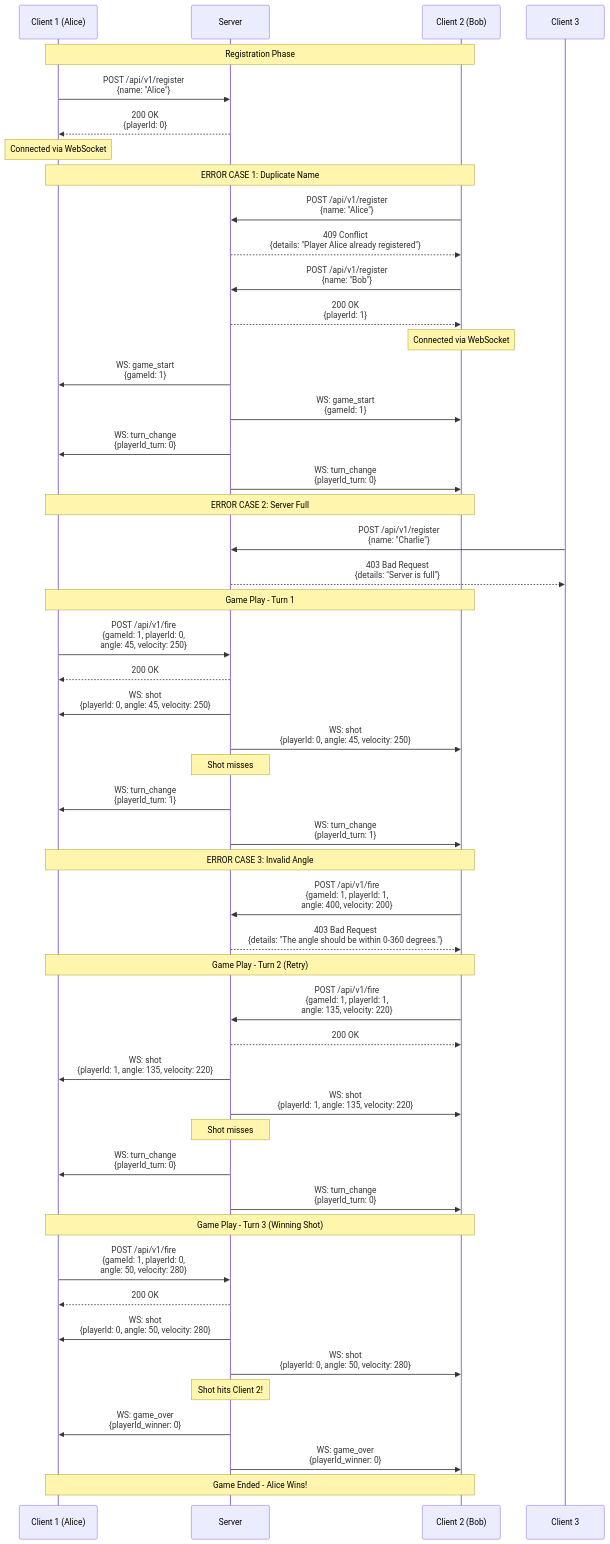
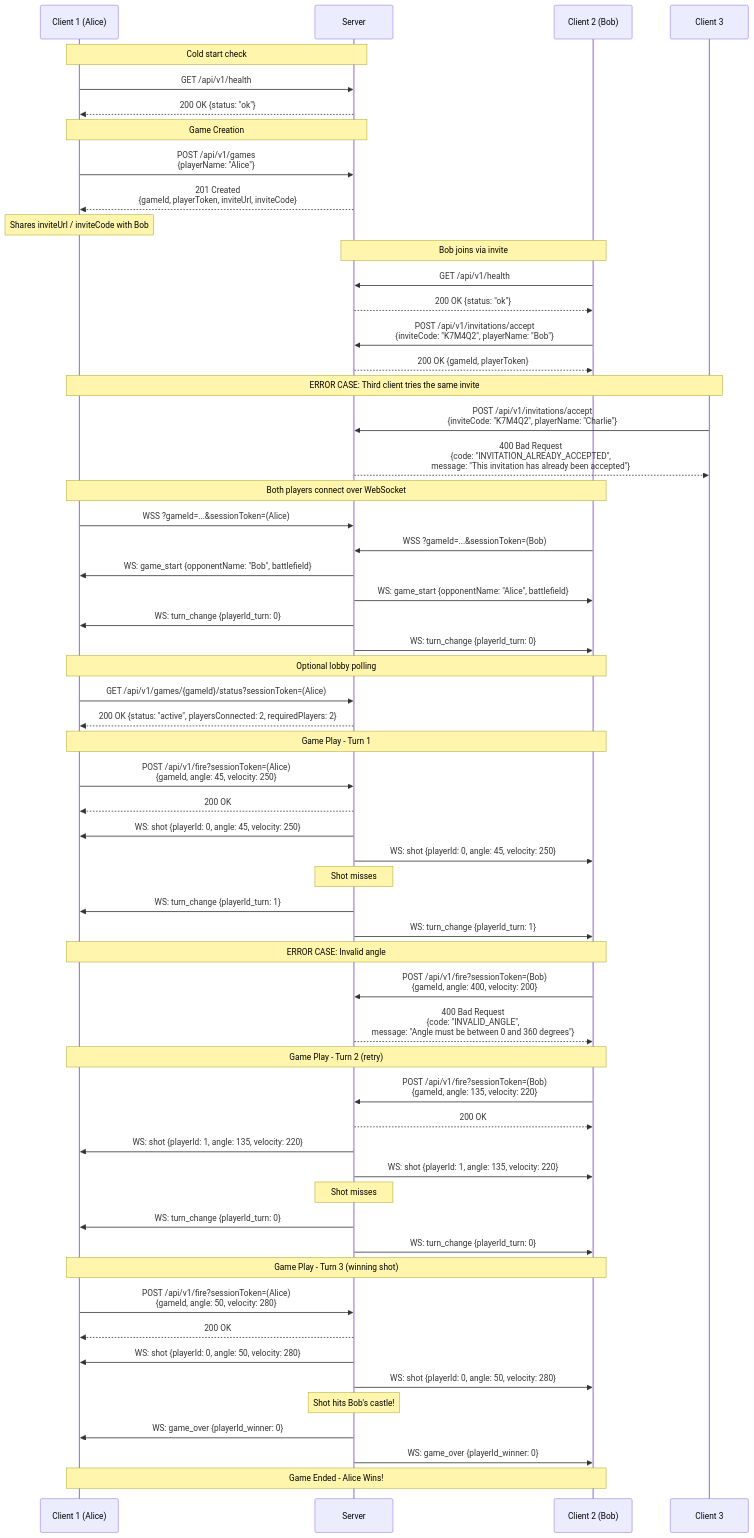
One commit to Pro-duck400/SuperArtillery changed the diagram in docs/api/API.md. Above: the diagram before and after it, drawn with Mermaid. The commit also changed other lines of this file and 13 other files, not shown here.

````diff
--- a/docs/api/API.md
+++ b/docs/api/API.md
@@ -144,62 +197,71 @@
 ```mermaid
 sequenceDiagram
     participant C1 as Client 1 (Alice)
     participant Server
     participant C2 as Client 2 (Bob)
-    
-    Note over C1,C2: Registration Phase
-    C1->>Server: POST /api/v1/register<br/>{name: "Alice"}
-    Server-->>C1: 200 OK<br/>{playerId: 0}
-    Note over C1: Connected via WebSocket
-    
-    Note over C1,C2: ERROR CASE 1: Duplicate Name
-    C2->>Server: POST /api/v1/register<br/>{name: "Alice"}
-    Server-->>C2: 409 Conflict<br/>{details: "Player Alice already registered"}
-    
-    C2->>Server: POST /api/v1/register<br/>{name: "Bob"}
-    Server-->>C2: 200 OK<br/>{playerId: 1}
-    Note over C2: Connected via WebSocket
-    
-    Server->>C1: WS: game_start<br/>{gameId: 1}
-    Server->>C2: WS: game_start<br/>{gameId: 1}
-    Server->>C1: WS: turn_change<br/>{playerId_turn: 0}
-    Server->>C2: WS: turn_change<br/>{playerId_turn: 0}
-    
-    Note over C1,C2: ERROR CASE 2: Server Full
     participant C3 as Client 3
-    C3->>Server: POST /api/v1/register<br/>{name: "Charlie"}
-    Server-->>C3: 403 Bad Request<br/>{details: "Server is full"}
-    
+
+    Note over C1,Server: Cold start check
+    C1->>Server: GET /api/v1/health
+    Server-->>C1: 200 OK {status: "ok"}
+
+    Note over C1,Server: Game Creation
+    C1->>Server: POST /api/v1/games<br/>{playerName: "Alice"}
+    Server-->>C1: 201 Created<br/>{gameId, playerToken, inviteUrl, inviteCode}
+    Note over C1: Shares inviteUrl / inviteCode with Bob
+
+    Note over C2,Server: Bob joins via invite
+    C2->>Server: GET /api/v1/health
+    Server-->>C2: 200 OK {status: "ok"}
+    C2->>Server: POST /api/v1/invitations/accept<br/>{inviteCode: "K7M4Q2", playerName: "Bob"}
+    Server-->>C2: 200 OK {gameId, playerToken}
+
+    Note over C1,C3: ERROR CASE: Third client tries the same invite
+    C3->>Server: POST /api/v1/invitations/accept<br/>{inviteCode: "K7M4Q2", playerName: "Charlie"}
+    Server-->>C3: 400 Bad Request<br/>{code: "INVITATION_ALREADY_ACCEPTED",<br/>message: "This invitation has already been accepted"}
+
+    Note over C1,C2: Both players connect over WebSocket
+    C1->>Server: WSS ?gameId=...&sessionToken=(Alice)
+    C2->>Server: WSS ?gameId=...&sessionToken=(Bob)
+    Server->>C1: WS: game_start {opponentName: "Bob", battlefield}
+    Server->>C2: WS: game_start {opponentName: "Alice", battlefield}
+    Server->>C1: WS: turn_change {playerId_turn: 0}
+    Server->>C2: WS: turn_change {playerId_turn: 0}
+
+    Note over C1,C2: Optional lobby polling
+    C1->>Server: GET /api/v1/games/{gameId}/status?sessionToken=(Alice)
+    Server-->>C1: 200 OK {status: "active", playersConnected: 2, requiredPlayers: 2}
+
     Note over C1,C2: Game Play - Turn 1
-    C1->>Server: POST /api/v1/fire<br/>{gameId: 1, playerId: 0,<br/>angle: 45, velocity: 250}
+    C1->>Server: POST /api/v1/fire?sessionToken=(Alice)<br/>{gameId, angle: 45, velocity: 250}
     Server-->>C1: 200 OK
-    Server->>C1: WS: shot<br/>{playerId: 0, angle: 45, velocity: 250}
-    Server->>C2: WS: shot<br/>{playerId: 0, angle: 45, velocity: 250}
+    Server->>C1: WS: shot {playerId: 0, angle: 45, velocity: 250}
+    Server->>C2: WS: shot {playerId: 0, angle: 45, velocity: 250}
     Note over Server: Shot misses
-    Server->>C1: WS: turn_change<br/>{playerId_turn: 1}
-    Server->>C2: WS: turn_change<br/>{playerId_turn: 1}
-    
-    Note over C1,C2: ERROR CASE 3: Invalid Angle
-    C2->>Server: POST /api/v1/fire<br/>{gameId: 1, playerId: 1,<br/>angle: 400, velocity: 200}
-    Server-->>C2: 403 Bad Request<br/>{details: "The angle should be within 0-360 degrees."}
-    
-    Note over C1,C2: Game Play - Turn 2 (Retry)
-    C2->>Server: POST /api/v1/fire<br/>{gameId: 1, playerId: 1,<br/>angle: 135, velocity: 220}
+    Server->>C1: WS: turn_change {playerId_turn: 1}
+    Server->>C2: WS: turn_change {playerId_turn: 1}
+
+    Note over C1,C2: ERROR CASE: Invalid angle
+    C2->>Server: POST /api/v1/fire?sessionToken=(Bob)<br/>{gameId, angle: 400, velocity: 200}
+    Server-->>C2: 400 Bad Request<br/>{code: "INVALID_ANGLE",<br/>message: "Angle must be between 0 and 360 degrees"}
+
+    Note over C1,C2: Game Play - Turn 2 (retry)
+    C2->>Server: POST /api/v1/fire?sessionToken=(Bob)<br/>{gameId, angle: 135, velocity: 220}
     Server-->>C2: 200 OK
-    Server->>C1: WS: shot<br/>{playerId: 1, angle: 135, velocity: 220}
-    Server->>C2: WS: shot<br/>{playerId: 1, angle: 135, velocity: 220}
+    Server->>C1: WS: shot {playerId: 1, angle: 135, velocity: 220}
+    Server->>C2: WS: shot {playerId: 1, angle: 135, velocity: 220}
     Note over Server: Shot misses
-    Server->>C1: WS: turn_change<br/>{playerId_turn: 0}
-    Server->>C2: WS: turn_change<br/>{playerId_turn: 0}
-    
-    Note over C1,C2: Game Play - Turn 3 (Winning Shot)
-    C1->>Server: POST /api/v1/fire<br/>{gameId: 1, playerId: 0,<br/>angle: 50, velocity: 280}
+    Server->>C1: WS: turn_change {playerId_turn: 0}
+    Server->>C2: WS: turn_change {playerId_turn: 0}
+
+    Note over C1,C2: Game Play - Turn 3 (winning shot)
+    C1->>Server: POST /api/v1/fire?sessionToken=(Alice)<br/>{gameId, angle: 50, velocity: 280}
     Server-->>C1: 200 OK
-    Server->>C1: WS: shot<br/>{playerId: 0, angle: 50, velocity: 280}
-    Server->>C2: WS: shot<br/>{playerId: 0, angle: 50, velocity: 280}
-    Note over Server: Shot hits Client 2!
-    Server->>C1: WS: game_over<br/>{playerId_winner: 0}
-    Server->>C2: WS: game_over<br/>{playerId_winner: 0}
-    
+    Server->>C1: WS: shot {playerId: 0, angle: 50, velocity: 280}
+    Server->>C2: WS: shot {playerId: 0, angle: 50, velocity: 280}
+    Note over Server: Shot hits Bob's castle!
+    Server->>C1: WS: game_over {playerId_winner: 0}
+    Server->>C2: WS: game_over {playerId_winner: 0}
+
     Note over C1,C2: Game Ended - Alice Wins!
 ```
````
